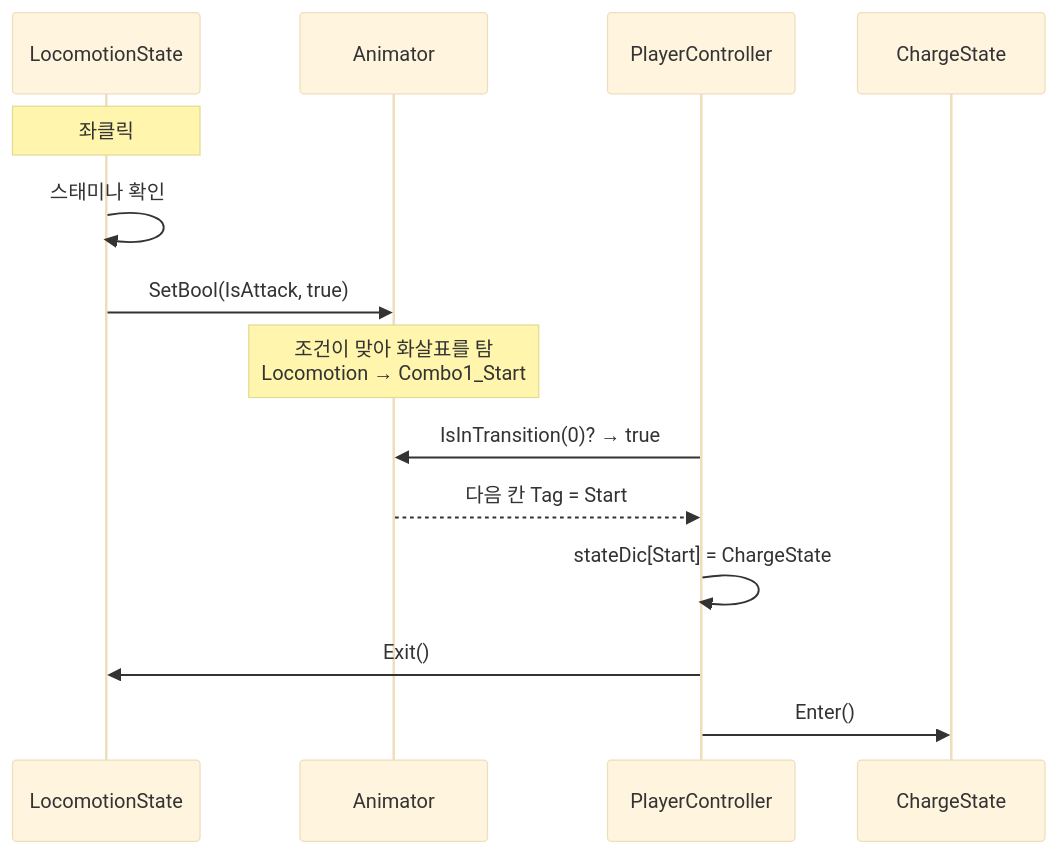
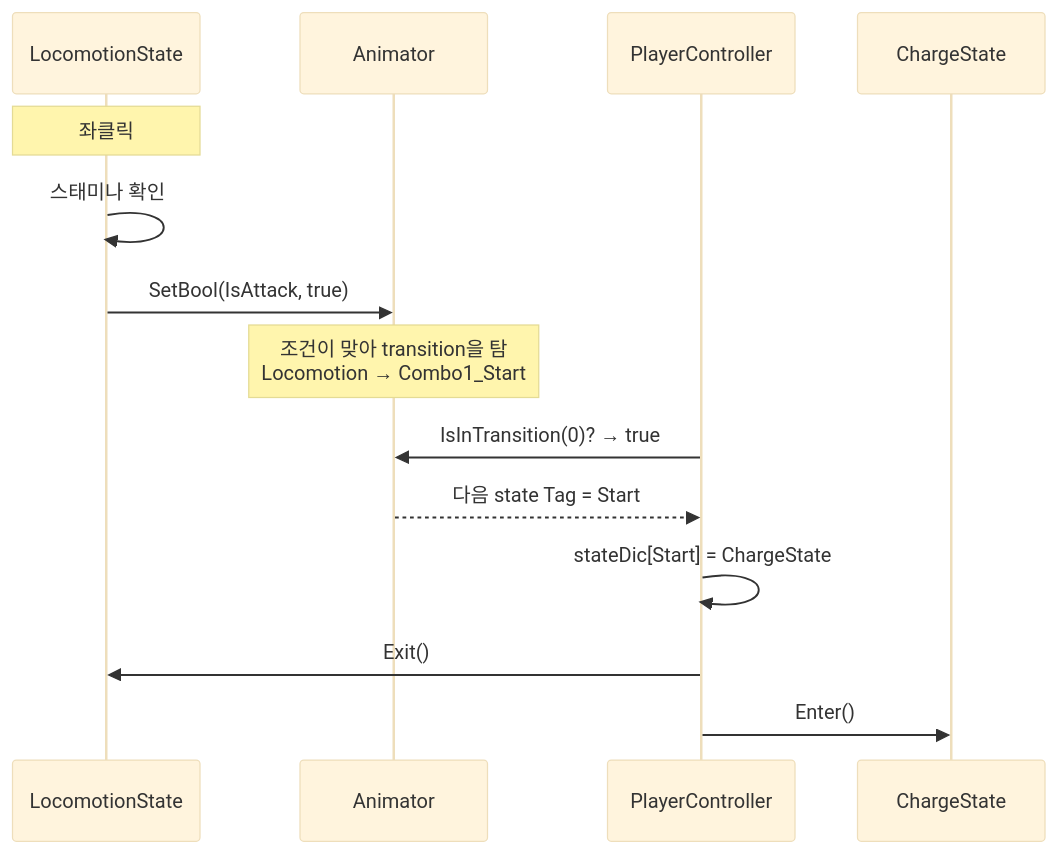
Before and after one commit to Gryphon34/portfolio-template: the third of 18 diagrams in src/2-soul-knight/기술문서.md, drawn with Mermaid (base theme). The commit also changed other lines of this file and 6 other files, not shown here.

````diff
--- a/src/2-soul-knight/기술문서.md
+++ b/src/2-soul-knight/기술문서.md
@@ -172,17 +158,17 @@
 ```mermaid
 sequenceDiagram
     participant L as LocomotionState
     participant A as Animator
     participant P as PlayerController
     participant C as ChargeState
 
     Note over L: 좌클릭
     L->>L: 스태미나 확인
     L->>A: SetBool(IsAttack, true)
-    Note over A: 조건이 맞아 화살표를 탐<br/>Locomotion → Combo1_Start
+    Note over A: 조건이 맞아 transition을 탐<br/>Locomotion → Combo1_Start
     P->>A: IsInTransition(0)? → true
-    A-->>P: 다음 칸 Tag = Start
+    A-->>P: 다음 state Tag = Start
     P->>P: stateDic[Start] = ChargeState
     P->>L: Exit()
     P->>C: Enter()
 ```
````
